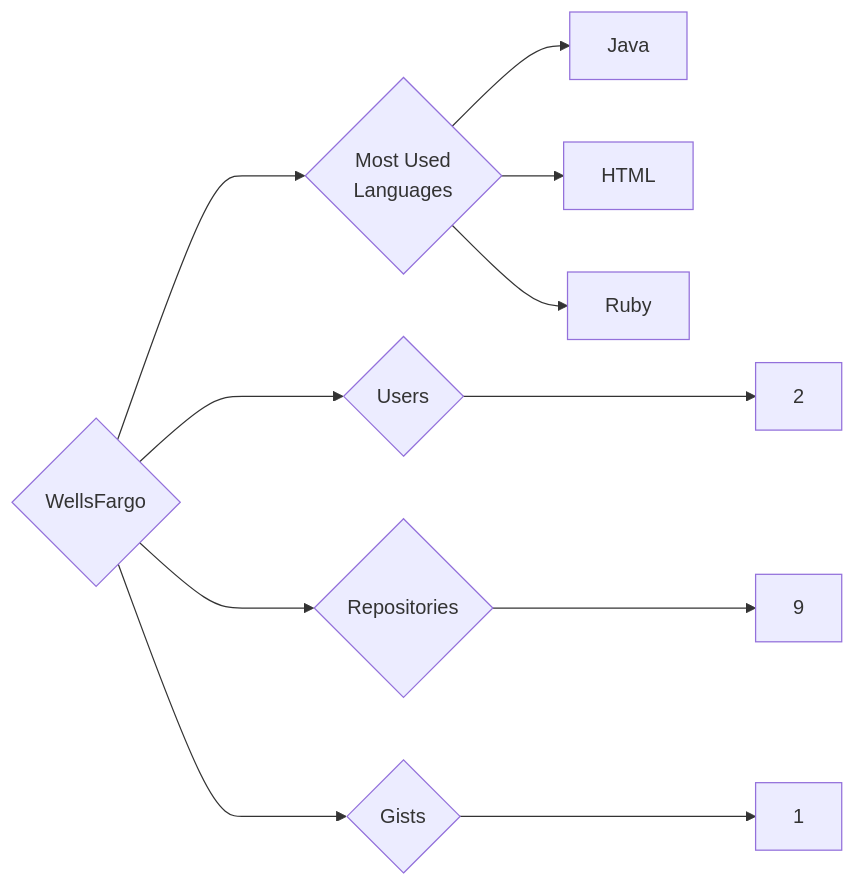
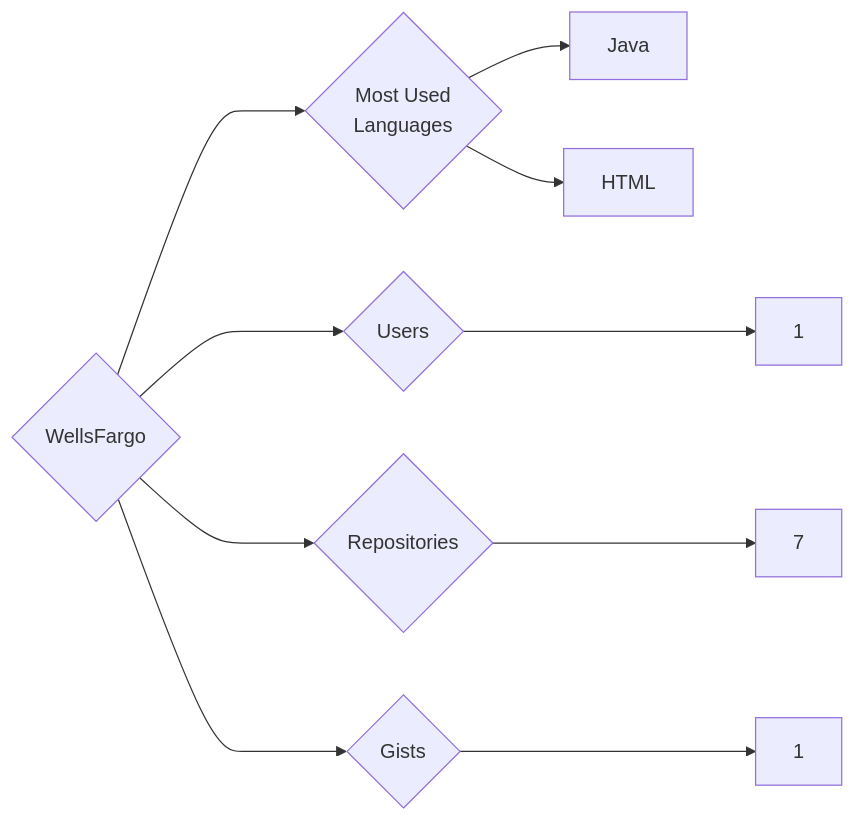
One commit to trickest/insiders changed the diagram in targets/WellsFargo/README.md. Above: the diagram before and after it, drawn with Mermaid. The commit also changed 928 other files, not shown here.

````diff
--- a/targets/WellsFargo/README.md
+++ b/targets/WellsFargo/README.md
@@ -3,11 +3,10 @@
 ```mermaid
 graph LR
 COMPANY_NAME{WellsFargo}
-COMPANY_NAME ---> U{Users} ---> UN[2]
-COMPANY_NAME ---> R{Repositories} ---> RN[9]
+COMPANY_NAME ---> U{Users} ---> UN[1]
+COMPANY_NAME ---> R{Repositories} ---> RN[7]
 COMPANY_NAME ---> G{Gists} ---> GN[1]
 COMPANY_NAME ---> ML{Most Used<br>Languages}
 ML --> Java[Java]
 ML --> HTML[HTML]
-ML --> Ruby[Ruby]
 ```
````
